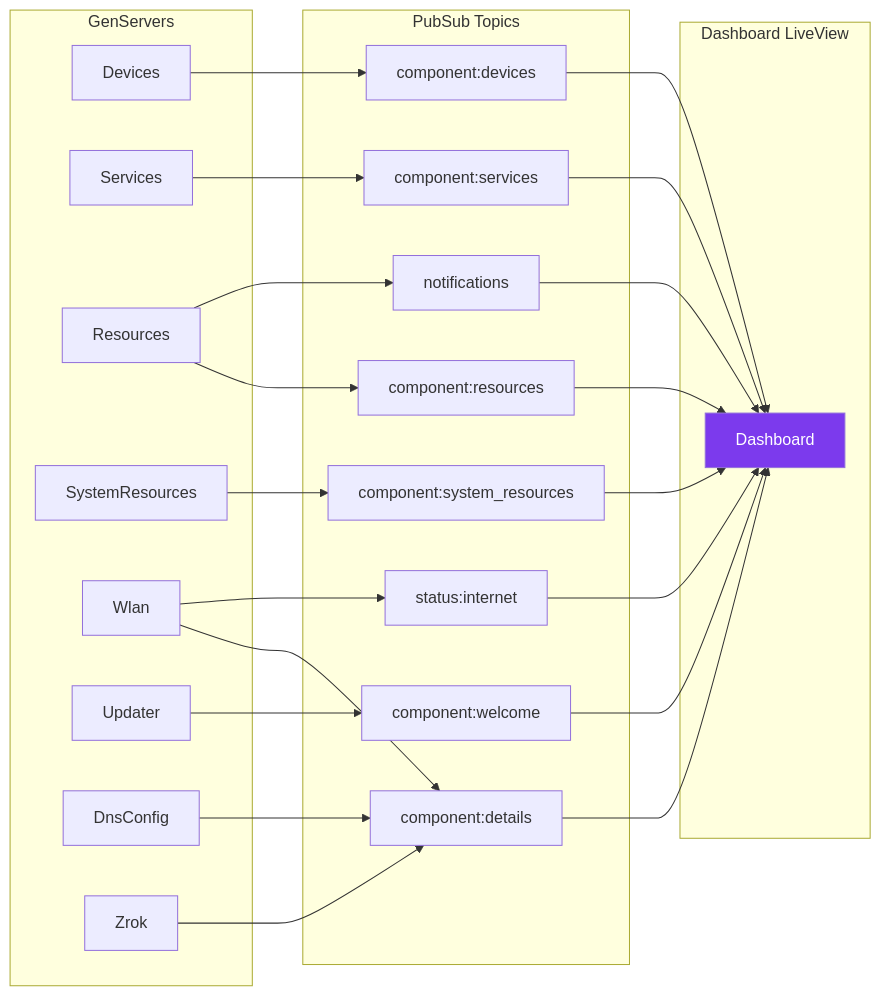
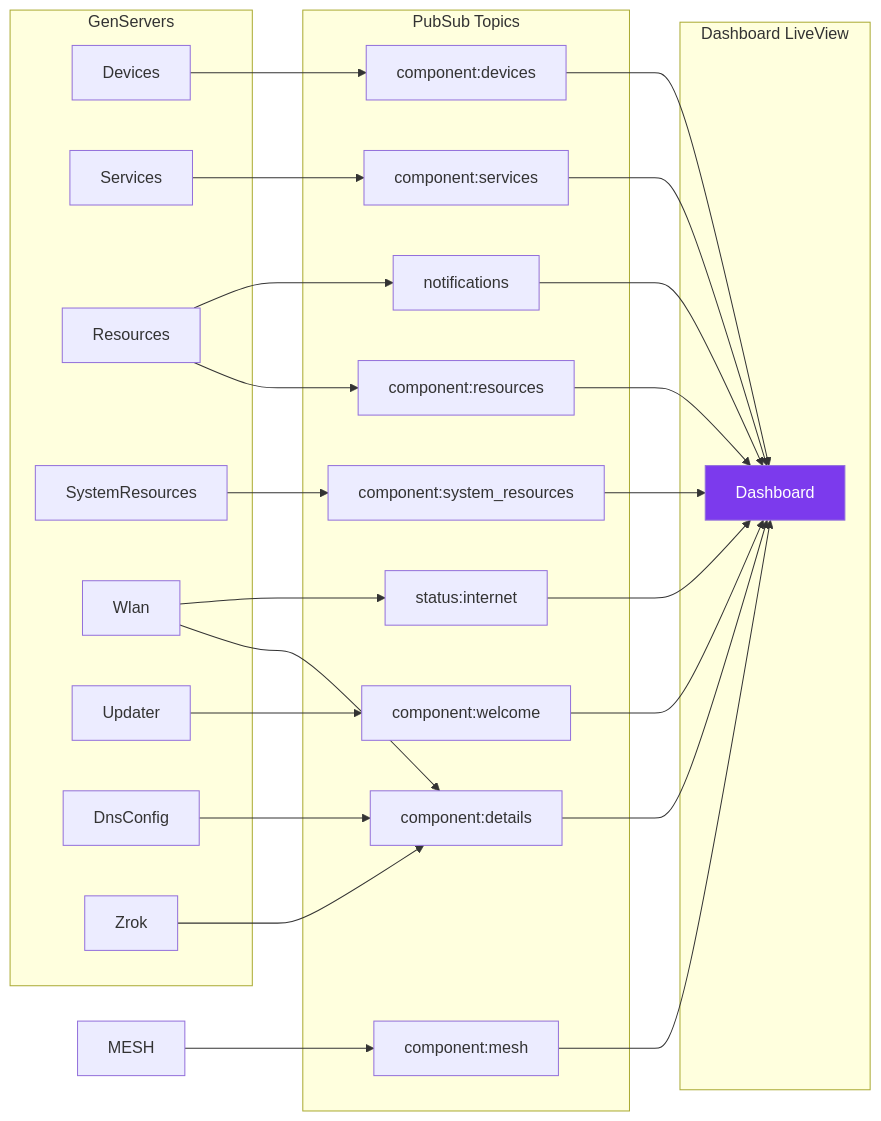
One commit to toreanjoel/tunneld changed the second of 2 diagrams in docs/supervision-tree.md. Above: the diagram before and after it, drawn with Mermaid. The commit also changed other lines of this file and 41 other files, not shown here.

````diff
--- a/docs/supervision-tree.md
+++ b/docs/supervision-tree.md
@@ -68,41 +70,43 @@
 ```mermaid
 graph LR
     subgraph GenServers
         DEV[Devices]
         SVC[Services]
         RES[Resources]
         SR[SystemResources]
         WLAN[Wlan]
         UPD[Updater]
         DNS_CFG[DnsConfig]
         ZROK[Zrok]
     end
 
     subgraph PubSub Topics
         CD[component:devices]
         CS[component:services]
         CR[component:resources]
         CSR[component:system_resources]
         CDT[component:details]
         CW[component:welcome]
         SI[status:internet]
         NT[notifications]
+        CM[component:mesh]
     end
 
     subgraph Dashboard LiveView
         DLV[Dashboard]
     end
 
     DEV --> CD --> DLV
     SVC --> CS --> DLV
     RES --> CR --> DLV
     SR --> CSR --> DLV
     WLAN --> CDT --> DLV
     WLAN --> SI --> DLV
     UPD --> CW --> DLV
     DNS_CFG --> CDT
     ZROK --> CDT
     RES --> NT --> DLV
+    MESH --> CM --> DLV
 
     style DLV fill:#7c3aed,color:#fff
 ```
````
